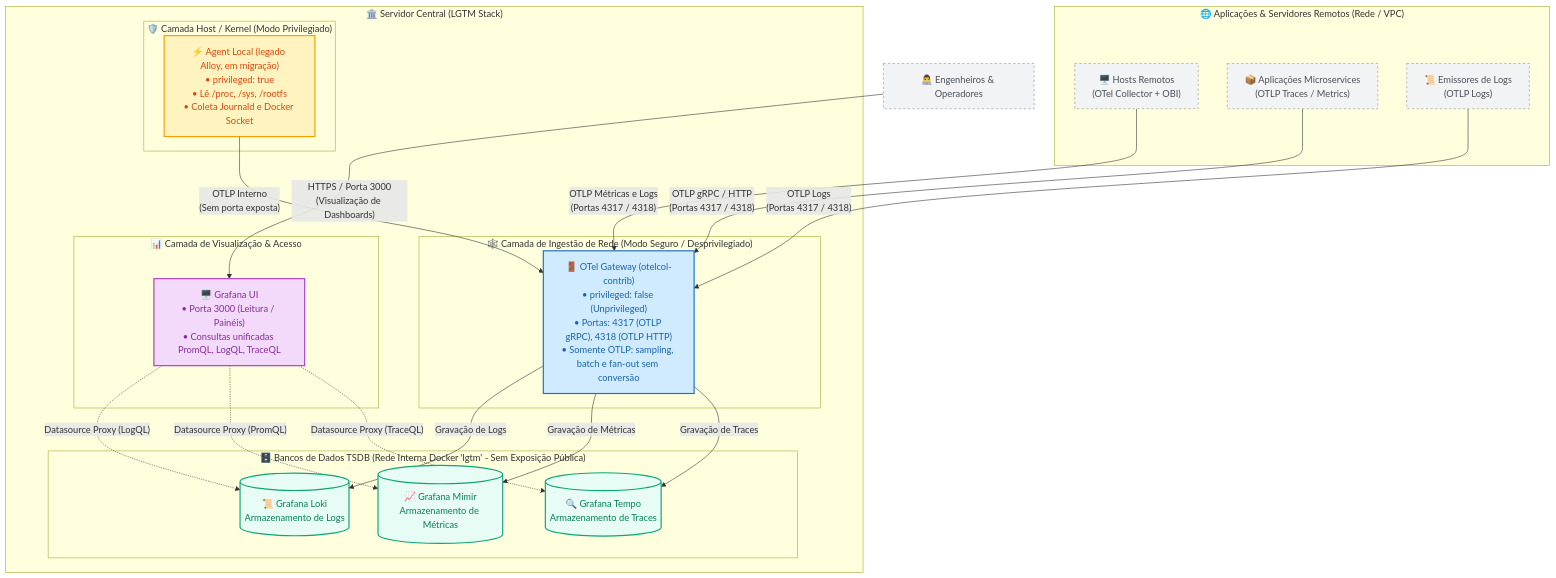
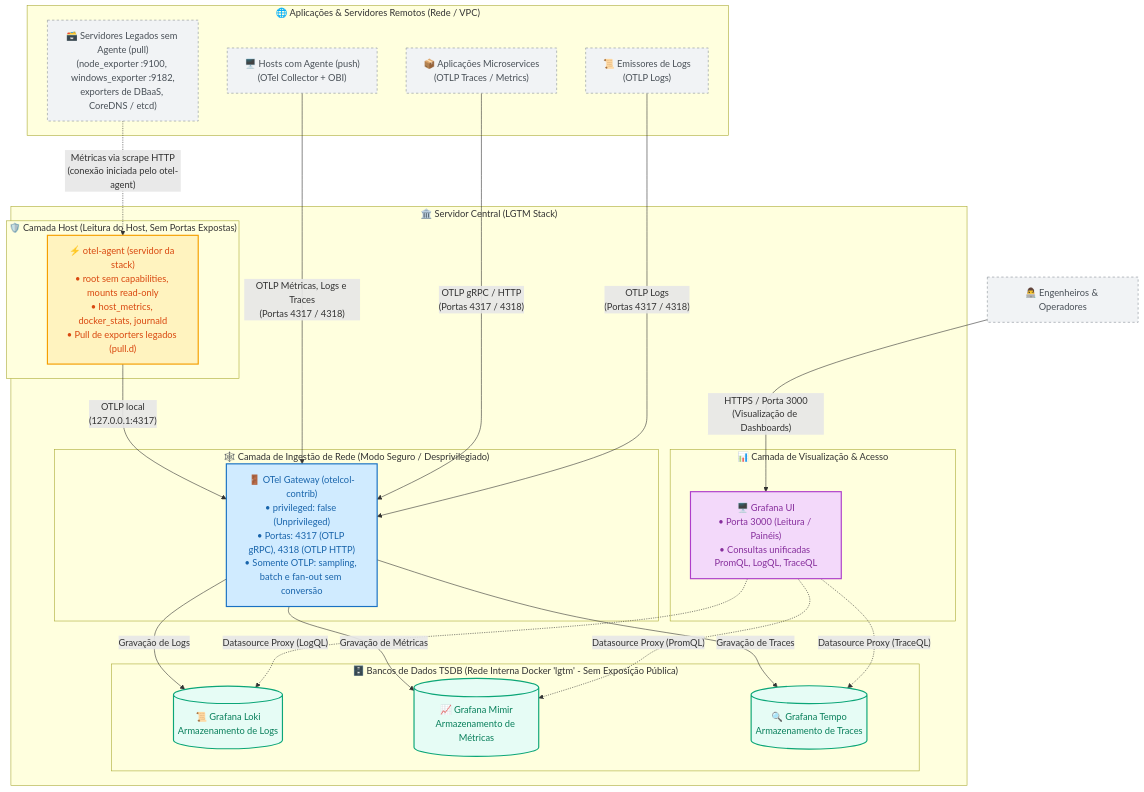
The diagram in docs/ARCHITECTURE.md (danielsabatini/lgtm-stack-otel), drawn with Mermaid before and after one commit. The commit also changed other lines of this file and 80 other files, not shown here.

````diff
--- a/docs/ARCHITECTURE.md
+++ b/docs/ARCHITECTURE.md
@@ -32,52 +32,54 @@
 ```mermaid
 flowchart TB
     %% Estilos e Classes
     classDef hostBox fill:#f8f9fa,stroke:#495057,stroke-width:2px,color:#212529;
     classDef privBox fill:#fff3bf,stroke:#f59f00,stroke-width:2px,color:#d9480f;
     classDef gtwBox fill:#d0ebff,stroke:#1971c2,stroke-width:2px,color:#1864ab;
     classDef tsdbBox fill:#e6fcf5,stroke:#0ca678,stroke-width:2px,color:#087f5b;
     classDef uiBox fill:#f3d9fa,stroke:#ae3ec9,stroke-width:2px,color:#862e9c;
     classDef extBox fill:#f1f3f5,stroke:#868e96,stroke-dasharray: 4 4,color:#495057;
 
     subgraph EXT ["🌐 Aplicações & Servidores Remotos (Rede / VPC)"]
-        APP1["🖥️ Hosts Remotos<br/>(OTel Collector + OBI)"]:::extBox
+        APP1["🖥️ Hosts com Agente (push)<br/>(OTel Collector + OBI)"]:::extBox
         APP2["📦 Aplicações Microservices<br/>(OTLP Traces / Metrics)"]:::extBox
         APP3["📜 Emissores de Logs<br/>(OTLP Logs)"]:::extBox
+        LEGACY["🗃️ Servidores Legados sem Agente (pull)<br/>(node_exporter :9100, windows_exporter :9182,<br/>exporters de DBaaS, CoreDNS / etcd)"]:::extBox
     end
 
     subgraph STACK ["🏛️ Servidor Central (LGTM Stack)"]
-        subgraph PRIV ["🛡️ Camada Host / Kernel (Modo Privilegiado)"]
-            AGENT["⚡ Agent Local (legado Alloy, em migração)<br/>• privileged: true<br/>• Lê /proc, /sys, /rootfs<br/>• Coleta Journald e Docker Socket"]:::privBox
+        subgraph PRIV ["🛡️ Camada Host (Leitura do Host, Sem Portas Expostas)"]
+            AGENT["⚡ otel-agent (servidor da stack)<br/>• root sem capabilities, mounts read-only<br/>• host_metrics, docker_stats, journald<br/>• Pull de exporters legados (pull.d)"]:::privBox
         end
 
         subgraph UNPRIV ["🕸️ Camada de Ingestão de Rede (Modo Seguro / Desprivilegiado)"]
             GATEWAY["🚪 OTel Gateway (otelcol-contrib)<br/>• privileged: false (Unprivileged)<br/>• Portas: 4317 (OTLP gRPC), 4318 (OTLP HTTP)<br/>• Somente OTLP: sampling, batch e fan-out sem conversão"]:::gtwBox
         end
 
         subgraph BACKENDS ["🗄️ Bancos de Dados TSDB (Rede Interna Docker 'lgtm' - Sem Exposição Pública)"]
             LOKI[("📜 Grafana Loki<br/>Armazenamento de Logs")]:::tsdbBox
             MIMIR[("📈 Grafana Mimir<br/>Armazenamento de Métricas")]:::tsdbBox
             TEMPO[("🔍 Grafana Tempo<br/>Armazenamento de Traces")]:::tsdbBox
         end
 
         subgraph FRONTEND ["📊 Camada de Visualização & Acesso"]
             GRAFANA["🖥️ Grafana UI<br/>• Porta 3000 (Leitura / Painéis)<br/>• Consultas unificadas PromQL, LogQL, TraceQL"]:::uiBox
         end
     end
 
     %% Conexões e Fluxos
-    AGENT -->|"OTLP Interno<br/>(Sem porta exposta)"| GATEWAY
-    APP1 -->|"OTLP Métricas e Logs<br/>(Portas 4317 / 4318)"| GATEWAY
+    AGENT -->|"OTLP local<br/>(127.0.0.1:4317)"| GATEWAY
+    LEGACY -.->|"Métricas via scrape HTTP<br/>(conexão iniciada pelo otel-agent)"| AGENT
+    APP1 -->|"OTLP Métricas, Logs e Traces<br/>(Portas 4317 / 4318)"| GATEWAY
     APP2 -->|"OTLP gRPC / HTTP<br/>(Portas 4317 / 4318)"| GATEWAY
     APP3 -->|"OTLP Logs<br/>(Portas 4317 / 4318)"| GATEWAY
 
     GATEWAY -->|"Gravação de Logs"| LOKI
     GATEWAY -->|"Gravação de Métricas"| MIMIR
     GATEWAY -->|"Gravação de Traces"| TEMPO
 
     GRAFANA -.->|"Datasource Proxy (LogQL)"| LOKI
     GRAFANA -.->|"Datasource Proxy (PromQL)"| MIMIR
     GRAFANA -.->|"Datasource Proxy (TraceQL)"| TEMPO
 
     USER["👨‍💻 Engenheiros & Operadores"]:::extBox -->|"HTTPS / Porta 3000<br/>(Visualização de Dashboards)"| GRAFANA
 ```
````
